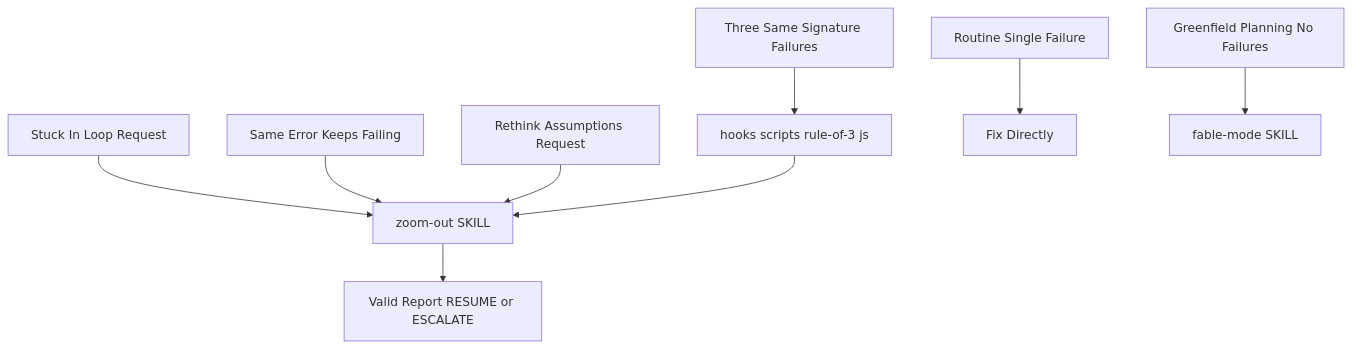
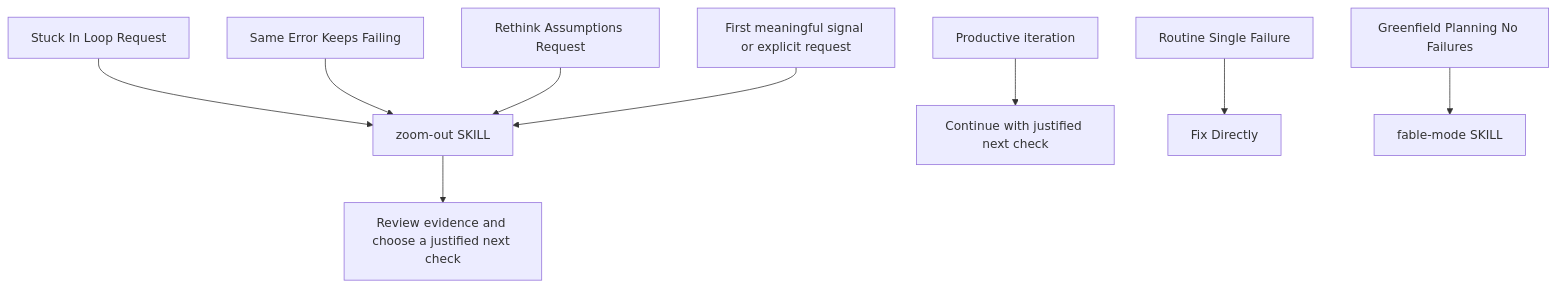
One commit to dyphn1/Harness-everything changed the second of 3 diagrams in docs/workflows/zoom-out.md. Above: the diagram before and after it, drawn with Mermaid. The commit also changed other lines of this file and 17 other files, not shown here.

````diff
--- a/docs/workflows/zoom-out.md
+++ b/docs/workflows/zoom-out.md
@@ -28,11 +24,11 @@
 ```mermaid
 graph TD
   LoopReq[Stuck In Loop Request] --> Skill[zoom-out SKILL]
   SameErr[Same Error Keeps Failing] --> Skill
   Rethink[Rethink Assumptions Request] --> Skill
-  ThreeFail[Three Same Signature Failures] --> Breaker[hooks scripts rule-of-3 js]
-  Breaker --> Skill
+  Evidence[First meaningful signal or explicit request] --> Skill
+  Productive[Productive iteration] --> Continue[Continue with justified next check]
   SingleFail[Routine Single Failure] --> DirectFix[Fix Directly]
   Greenfield[Greenfield Planning No Failures] --> Fable[fable-mode SKILL]
-  Skill --> ReportGate[Valid Report RESUME or ESCALATE]
+  Skill --> EvidenceReview[Review evidence and choose a justified next check]
 ```
````
